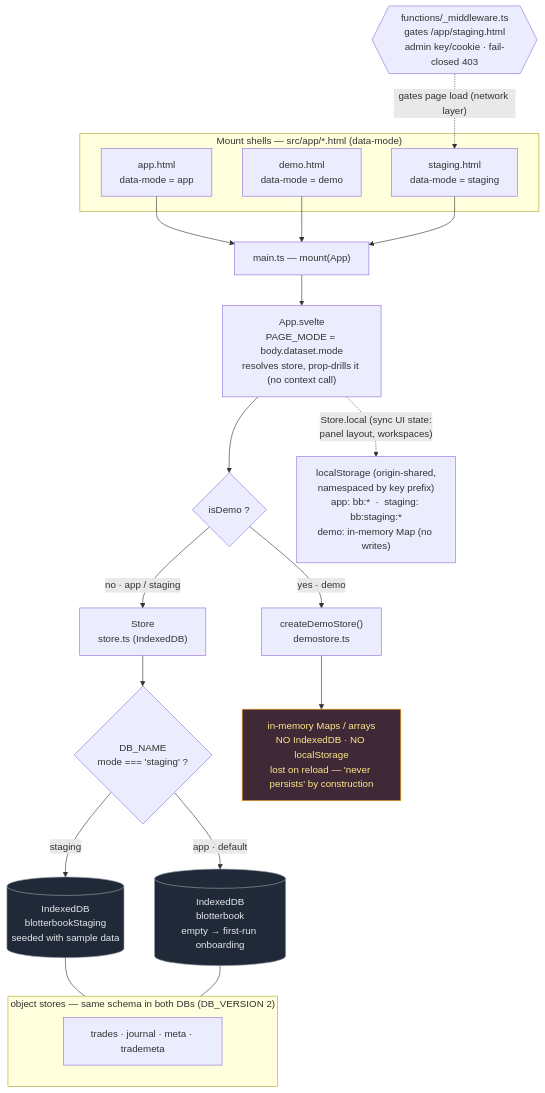
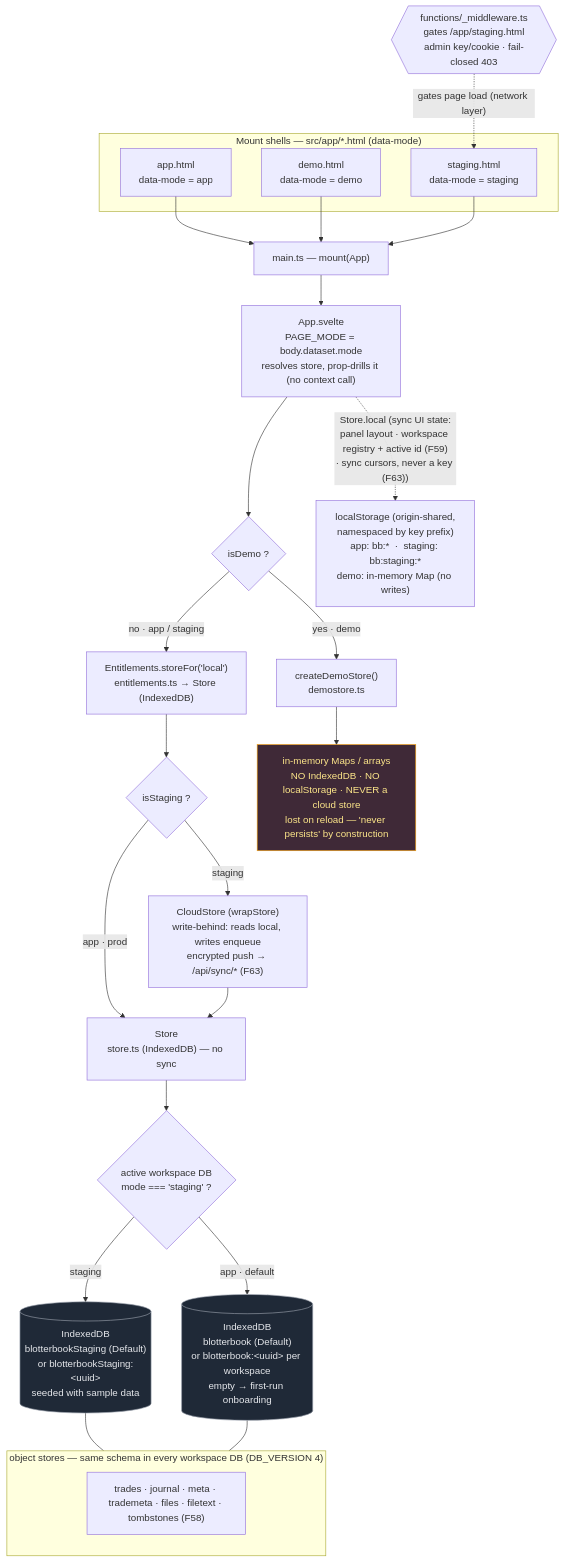
The diagram in docs/architecture-diagrams/storage-and-mode-separation.md (mitchGuthrieDev/blotterbook), drawn with Mermaid before and after one commit. The commit also changed other lines of this file and 51 other files, not shown here.

First line of the commit message:
feat: named workspaces + end-to-end-encrypted cloud sync (A132, F58–F63) (#119)

````diff
--- a/docs/architecture-diagrams/storage-and-mode-separation.md
+++ b/docs/architecture-diagrams/storage-and-mode-separation.md
@@ -13,44 +13,50 @@
 ```mermaid
 flowchart TD
     %% ---- Surfaces (hand-authored mount shells) ----
     subgraph SHELLS["Mount shells — src/app/*.html (data-mode)"]
         APPH["app.html<br/>data-mode = app"]
         DEMOH["demo.html<br/>data-mode = demo"]
         STGH["staging.html<br/>data-mode = staging"]
     end
 
     EDGE{{"functions/_middleware.ts<br/>gates /app/staging.html<br/>admin key/cookie · fail-closed 403"}}
     EDGE -. "gates page load (network layer)" .-> STGH
 
     APPH --> MAIN["main.ts — mount(App)"]
     DEMOH --> MAIN
     STGH --> MAIN
 
     MAIN --> APP["App.svelte<br/>PAGE_MODE = body.dataset.mode<br/>resolves store, prop-drills it (no context call)"]
 
     APP --> SWAP{"isDemo ?"}
     SWAP -->|"yes · demo"| DEMOSTORE["createDemoStore()<br/>demostore.ts"]
-    SWAP -->|"no · app / staging"| REALSTORE["Store<br/>store.ts (IndexedDB)"]
+    SWAP -->|"no · app / staging"| ENT["Entitlements.storeFor('local')<br/>entitlements.ts → Store (IndexedDB)"]
 
-    %% ---- Real IndexedDB backend: separated by DB name ----
-    REALSTORE --> DBNAME{"DB_NAME<br/>mode === 'staging' ?"}
-    DBNAME -->|"staging"| STGDB[("IndexedDB<br/>blotterbookStaging<br/>seeded with sample data")]
-    DBNAME -->|"app · default"| PRODDB[("IndexedDB<br/>blotterbook<br/>empty → first-run onboarding")]
+    %% ---- Staging wraps the real Store in a CloudStore (opt-in E2E sync, F63) ----
+    ENT --> WRAP{"isStaging ?"}
+    WRAP -->|"staging"| CLOUD["CloudStore (wrapStore)<br/>write-behind: reads local, writes enqueue<br/>encrypted push → /api/sync/* (F63)"]
+    WRAP -->|"app · prod"| REALSTORE["Store<br/>store.ts (IndexedDB) — no sync"]
+    CLOUD --> REALSTORE
 
-    subgraph STORES["object stores — same schema in both DBs (DB_VERSION 2)"]
-        OS["trades · journal · meta · trademeta"]
+    %% ---- Real IndexedDB backend: separated by DB name, then per-workspace DB (F59) ----
+    REALSTORE --> DBNAME{"active workspace DB<br/>mode === 'staging' ?"}
+    DBNAME -->|"staging"| STGDB[("IndexedDB<br/>blotterbookStaging (Default)<br/>or blotterbookStaging:&lt;uuid&gt;<br/>seeded with sample data")]
+    DBNAME -->|"app · default"| PRODDB[("IndexedDB<br/>blotterbook (Default)<br/>or blotterbook:&lt;uuid&gt; per workspace<br/>empty → first-run onboarding")]
+
+    subgraph STORES["object stores — same schema in every workspace DB (DB_VERSION 4)"]
+        OS["trades · journal · meta · trademeta · files · filetext · tombstones (F58)"]
     end
     STGDB --- STORES
     PRODDB --- STORES
 
-    %% ---- Demo backend: never touches disk ----
-    DEMOSTORE --> MEM["in-memory Maps / arrays<br/>NO IndexedDB · NO localStorage<br/>lost on reload — 'never persists' by construction"]
+    %% ---- Demo backend: never touches disk, never syncs ----
+    DEMOSTORE --> MEM["in-memory Maps / arrays<br/>NO IndexedDB · NO localStorage · NEVER a cloud store<br/>lost on reload — 'never persists' by construction"]
 
     %% ---- localStorage seam (small sync UI state) ----
-    APP -. "Store.local (sync UI state:<br/>panel layout, workspaces)" .-> LS["localStorage (origin-shared,<br/>namespaced by key prefix)<br/>app: bb:*  ·  staging: bb:staging:*<br/>demo: in-memory Map (no writes)"]
+    APP -. "Store.local (sync UI state:<br/>panel layout · workspace registry + active id (F59)<br/>· sync cursors, never a key (F63))" .-> LS["localStorage (origin-shared,<br/>namespaced by key prefix)<br/>app: bb:*  ·  staging: bb:staging:*<br/>demo: in-memory Map (no writes)"]
 
     classDef db fill:#1f2937,stroke:#9ca3af,color:#e5e7eb;
     classDef mem fill:#3f2937,stroke:#f59e0b,color:#fde68a;
     class STGDB,PRODDB db;
     class MEM mem;
 ```
````
